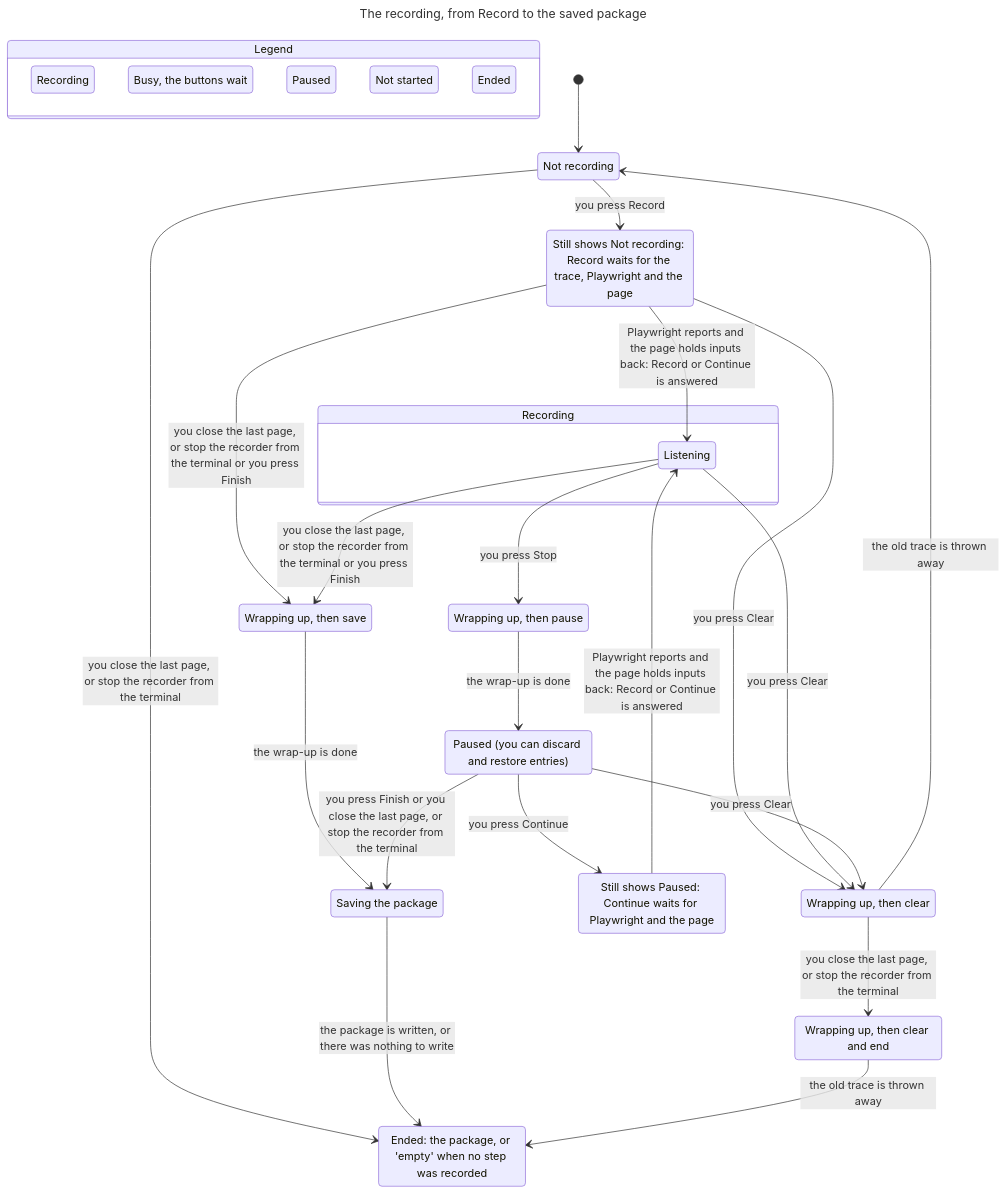
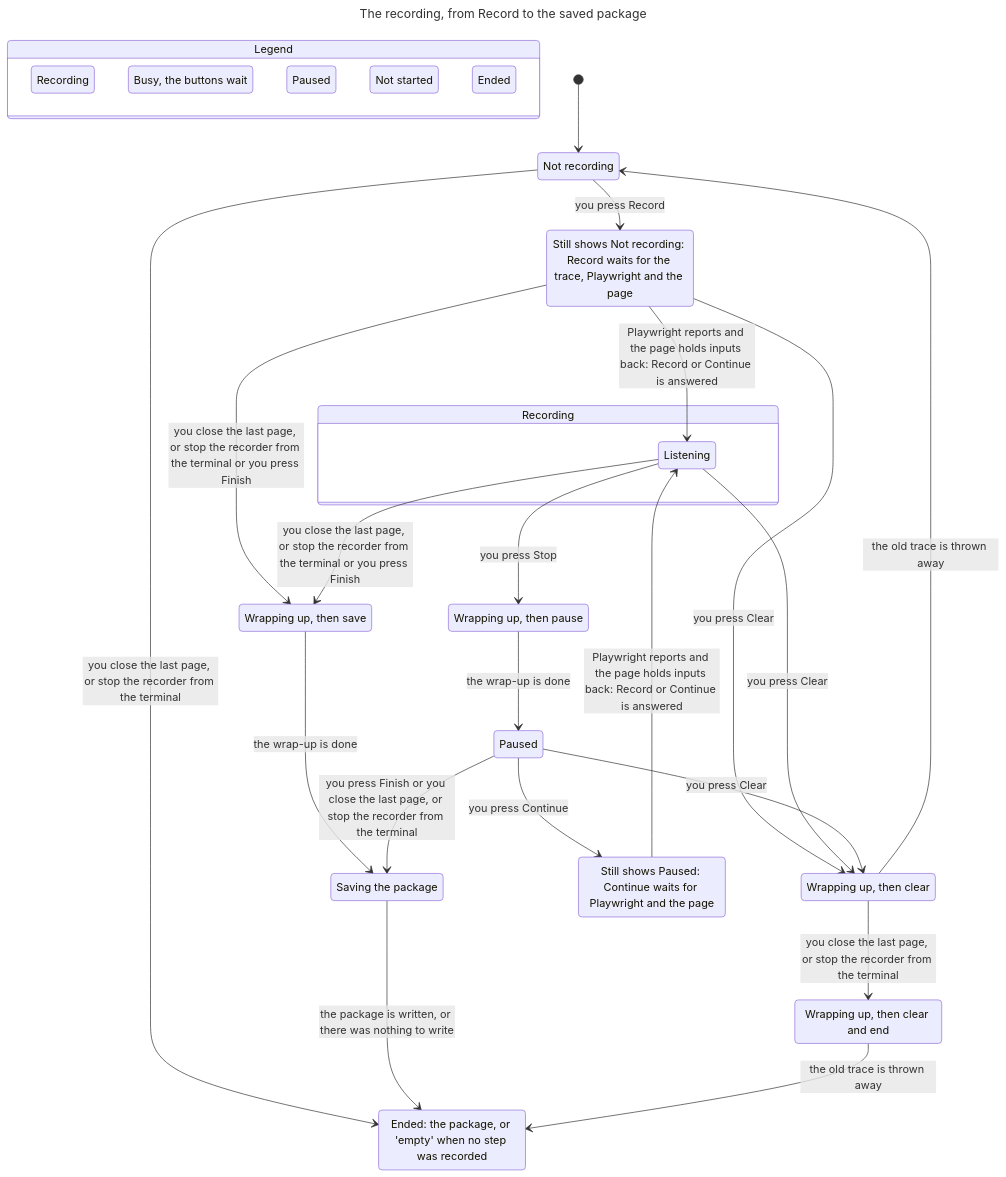
One commit to ayme-labs/ayme changed the first of 3 diagrams in packages/recorder/lifecycle-model/README.md. Above: the diagram before and after it, drawn with Mermaid. The commit also changed other lines of this file and 21 other files, not shown here.

First line of the commit message:
devex(recorder): let the lifecycle model take discard and restore until Finish or Clear

````diff
--- a/packages/recorder/lifecycle-model/README.md
+++ b/packages/recorder/lifecycle-model/README.md
@@ -102,61 +102,61 @@
 ```mermaid
 ---
 title: "The recording, from Record to the saved package"
 ---
 stateDiagram-v2
   state "Legend" as legend {
     lg0: Recording
     lg1: Busy, the buttons wait
     lg2: Paused
     lg3: Not started
     lg4: Ended
   }
   class lg0 teal
   class lg1 yellow
   class lg2 blue
   class lg3 tan
   class lg4 purple
   s0: Not recording
   s1: Ended: the package, or 'empty' when no step was recorded
   s2: Still shows Not recording: Record waits for the trace, Playwright and the page
   s3: Wrapping up, then save
   s4: Wrapping up, then clear
   s5: Saving the package
   s6: Wrapping up, then clear and end
   state "Recording" as s7 {
     s8: Listening
   }
   s9: Wrapping up, then pause
-  s10: Paused (you can discard and restore entries)
+  s10: Paused
   s11: Still shows Paused: Continue waits for Playwright and the page
   [*] --> s0
   s0 --> s1: you close the last page, or stop the recorder from the terminal
   s0 --> s2: you press Record
   s2 --> s3: you close the last page, or stop the recorder from the terminal or you press Finish
   s2 --> s4: you press Clear
   s3 --> s5: the wrap-up is done
   s2 --> s8: Playwright reports and the page holds inputs back: Record or Continue is answered
   s4 --> s6: you close the last page, or stop the recorder from the terminal
   s8 --> s3: you close the last page, or stop the recorder from the terminal or you press Finish
   s8 --> s4: you press Clear
   s8 --> s9: you press Stop
   s5 --> s1: the package is written, or there was nothing to write
   s6 --> s1: the old trace is thrown away
   s4 --> s0: the old trace is thrown away
   s9 --> s10: the wrap-up is done
   s10 --> s5: you press Finish or you close the last page, or stop the recorder from the terminal
   s10 --> s4: you press Clear
   s10 --> s11: you press Continue
   s11 --> s8: Playwright reports and the page holds inputs back: Record or Continue is answered
   class s0 tan
   class s1 purple
   class s2 yellow
   class s3 yellow
   class s4 yellow
   class s5 yellow
   class s6 yellow
   class s8 teal
   class s9 yellow
   class s10 blue
   class s11 yellow
 ```
````
